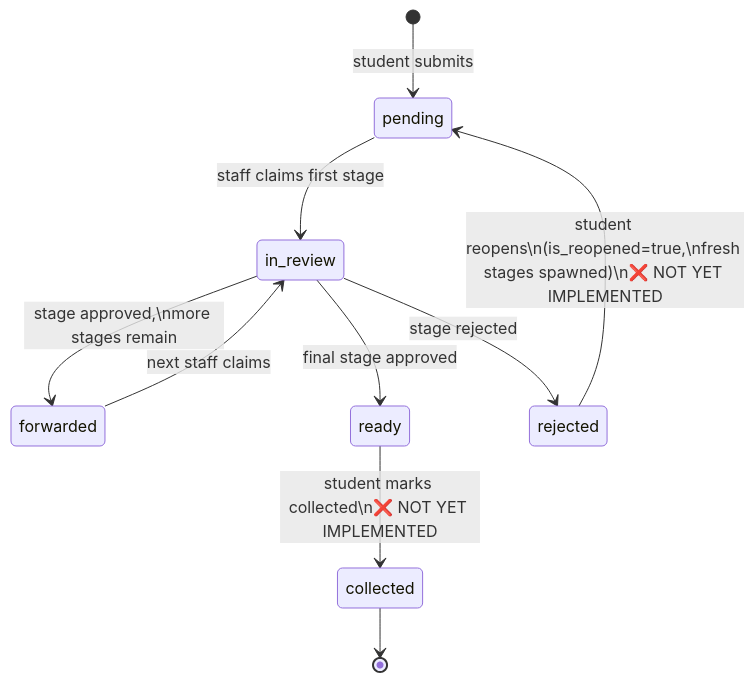
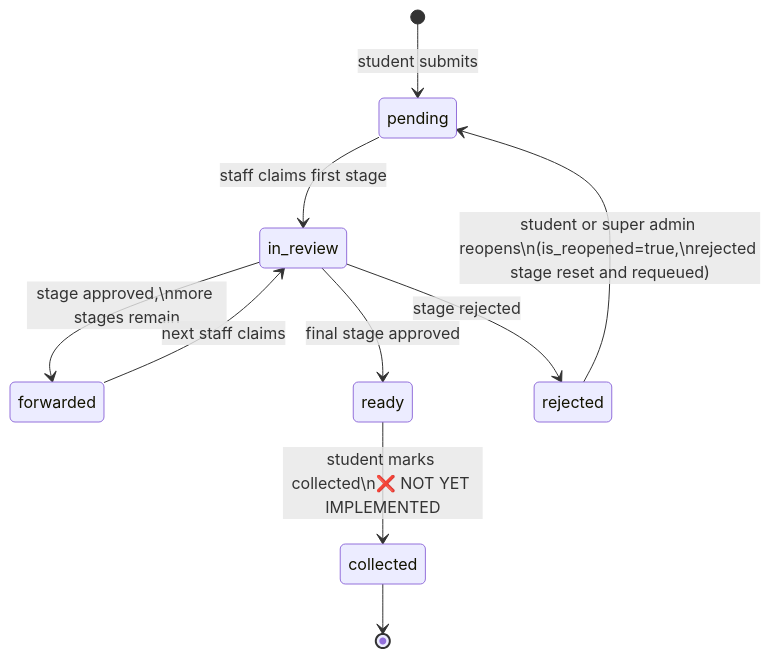
Before and after one commit to Sama-Mokom/CampusDesk: the fifth of 9 diagrams in Docs/USER_FLOWS.md, drawn with Mermaid. The commit also changed other lines of this file and 35 other files, not shown here.

First line of the commit message:
feat(requests): implemented audited rejected-request reopen flow

````diff
--- a/Docs/USER_FLOWS.md
+++ b/Docs/USER_FLOWS.md
@@ -165,12 +165,12 @@
 ```mermaid
 stateDiagram-v2
     [*] --> pending : student submits
     pending --> in_review : staff claims first stage
     in_review --> forwarded : stage approved,\nmore stages remain
     forwarded --> in_review : next staff claims
     in_review --> ready : final stage approved
     in_review --> rejected : stage rejected
-    rejected --> pending : student reopens\n(is_reopened=true,\nfresh stages spawned)\n❌ NOT YET IMPLEMENTED
+    rejected --> pending : student or super admin reopens\n(is_reopened=true,\nrejected stage reset and requeued)
     ready --> collected : student marks collected\n❌ NOT YET IMPLEMENTED
     collected --> [*]
 ```
````
